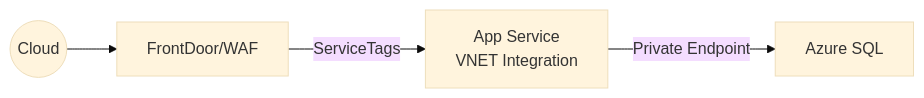
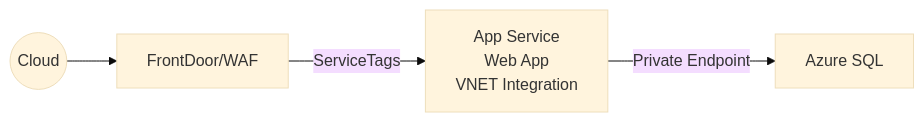
Before and after one commit to msalemor/app-services-networking: the fourth of 6 diagrams in README.md, drawn with Mermaid (base theme). The commit also changed other lines of this file, not shown here.

````diff
--- a/README.md
+++ b/README.md
@@ -70,6 +70,6 @@
 ```mermaid
 graph LR;
     A((Cloud))-->B[FrontDoor/WAF];
-    B-- ServiceTags -->C[App Service<br>VNET Integration];
+    B-- ServiceTags -->C[App Service<br/>Web App<br/>VNET Integration];
     C-- Private Endpoint-->D[Azure SQL];   
 ```
````
